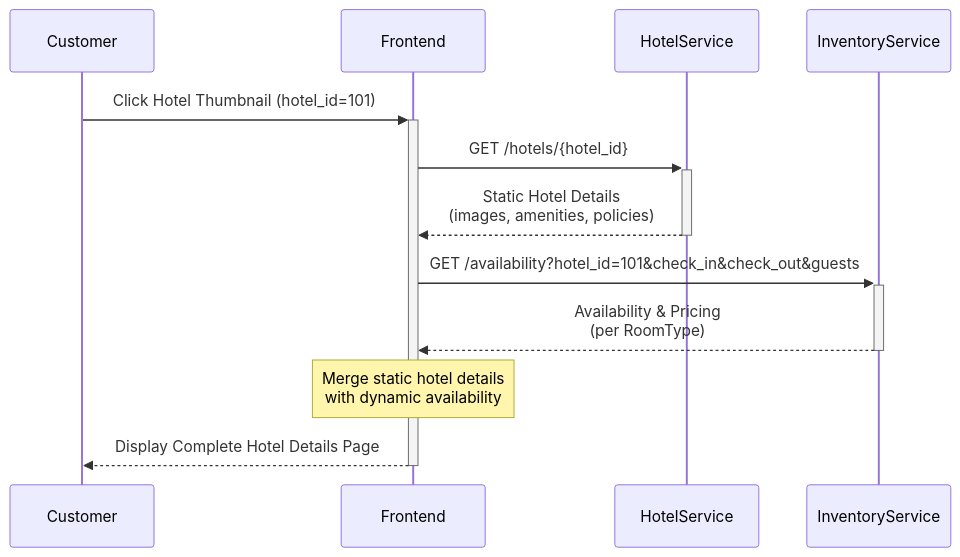
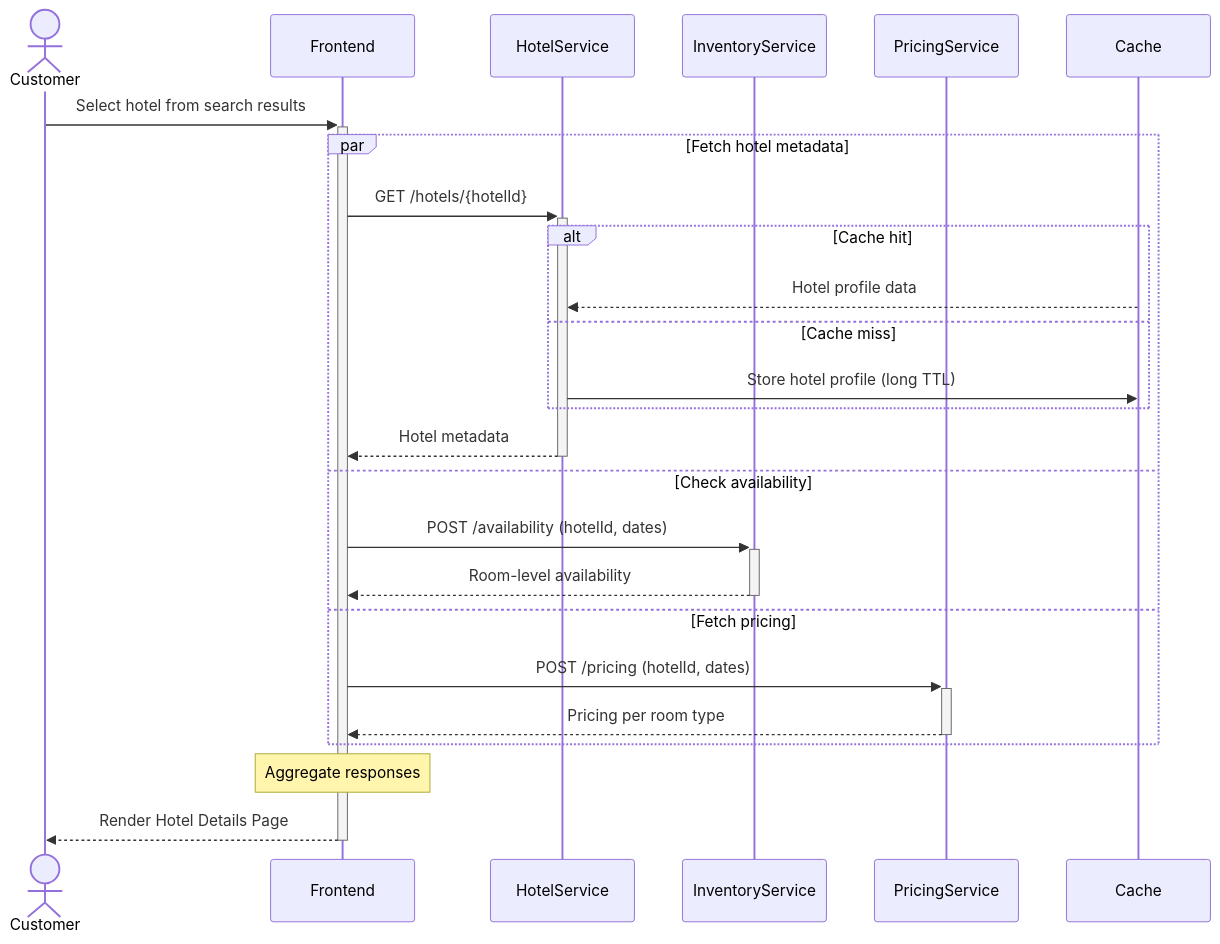
The second of 3 diagrams in Backend Engineering/Case Studies/Case Study 5. Nivara - Hotel Reservation System/3. Sequence Flow.md (NishchayAnand/software-engineering), drawn with Mermaid before and after one commit. The commit also changed other lines of this file and 1 other file, not shown here.

Commit message:
finalized view hotel details sequence flow

````diff
--- a/Backend Engineering/Case Studies/Case Study 5. Nivara - Hotel Reservation System/3. Sequence Flow.md
+++ b/Backend Engineering/Case Studies/Case Study 5. Nivara - Hotel Reservation System/3. Sequence Flow.md
@@ -87,24 +98,30 @@
 ```mermaid
 sequenceDiagram
-	participant C as Customer
-	participant UI as Frontend
-	participant HS as HotelService
-	participant IS as InventoryService
+    actor Customer
+    participant Frontend
+    participant HotelService
+    participant InventoryService
+    participant PricingService
+    participant Cache
 
-	%% Step 1: Customer clicks on hotel thumbnail
-    C->>+UI: Click Hotel Thumbnail (hotel_id=101)
+    Customer ->> +Frontend: Select hotel from search results
 
-    %% Step 2: Frontend requests static hotel details
-	UI->>+HS: GET /hotels/{hotel_id}
-	HS-->>-UI: Static Hotel Details<br/>(images, amenities, policies)
+    par Fetch hotel metadata
+        Frontend ->> +HotelService: GET /hotels/{hotelId}
+        alt Cache hit
+            Cache -->> HotelService: Hotel profile data
+        else Cache miss
+            HotelService ->> Cache: Store hotel profile (long TTL)
+        end
+        HotelService -->> -Frontend: Hotel metadata
+    and Check availability
+        Frontend ->> +InventoryService: POST /availability (hotelId, dates)
+        InventoryService -->> -Frontend: Room-level availability
+    and Fetch pricing
+        Frontend ->> +PricingService: POST /pricing (hotelId, dates)
+        PricingService -->> -Frontend: Pricing per room type
+    end
 
-    %% Step 3: Frontend requests dynamic availability
-    UI->>+IS: GET /availability?hotel_id=101&check_in&check_out&guests
-    IS-->>-UI: Availability & Pricing<br/>(per RoomType)
-
-    %% Step 4: Merge results
-    Note over UI: Merge static hotel details <br/>with dynamic availability
-
-    %% Step 5: Show customer
-    UI-->>-C: Display Complete Hotel Details Page
+    Note over Frontend: Aggregate responses
+    Frontend -->> -Customer: Render Hotel Details Page
 ```
````
